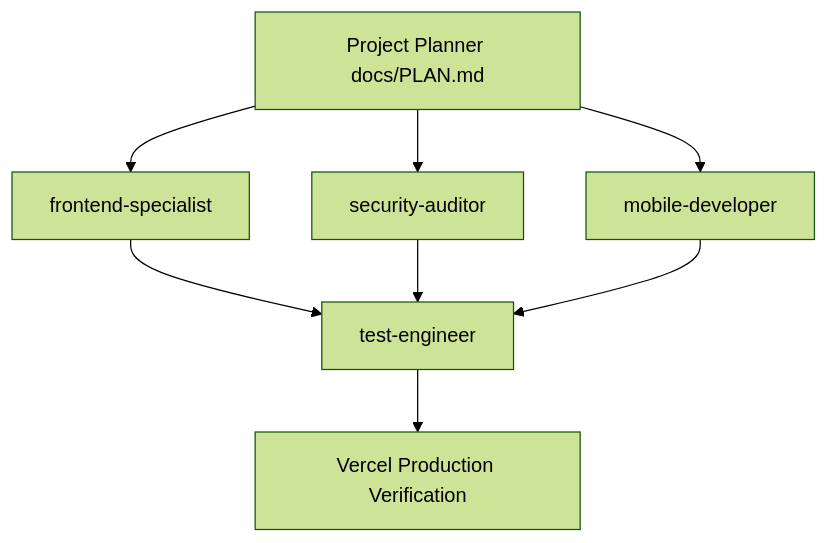
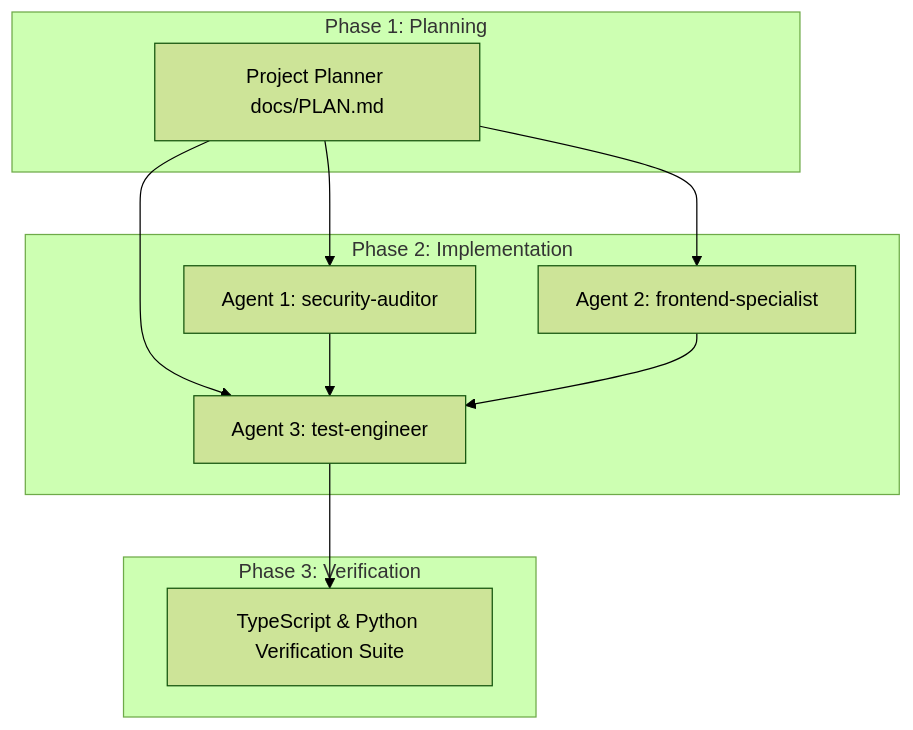
The second of 2 diagrams in docs/PLAN.md (BedirhanElibol/shipguard-saas), drawn with Mermaid (forest theme) before and after one commit. The commit also changed other lines of this file and 12 other files, not shown here.

````diff
--- a/docs/PLAN.md
+++ b/docs/PLAN.md
@@ -118,8 +520,15 @@
 ```mermaid
 flowchart TD
-    A[Project Planner docs/PLAN.md] --> B[frontend-specialist]
-    A --> C[security-auditor]
-    A --> D[mobile-developer]
-    B & C & D --> E[test-engineer]
-    E --> F[Vercel Production Verification]
+    subgraph Phase 1: Planning
+        P[Project Planner docs/PLAN.md]
+    end
+    subgraph Phase 2: Implementation
+        P --> SA[Agent 1: security-auditor]
+        P --> FS[Agent 2: frontend-specialist]
+        P --> TE[Agent 3: test-engineer]
+    end
+    subgraph Phase 3: Verification
+        SA & FS --> TE
+        TE --> V[TypeScript & Python Verification Suite]
+    end
 ```
````
